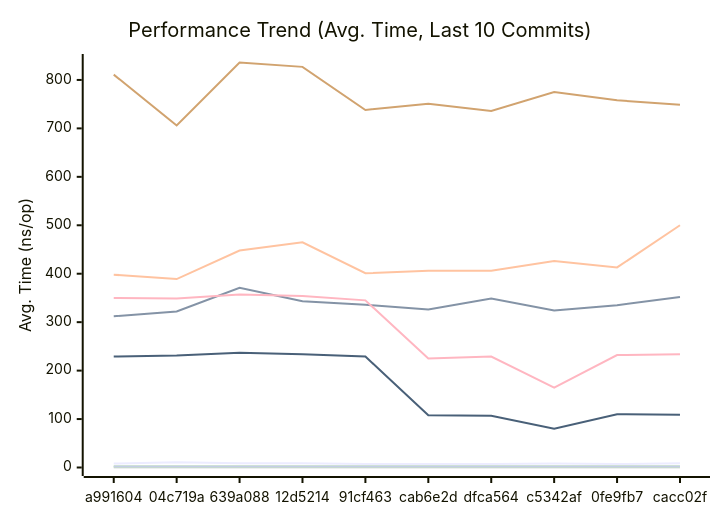
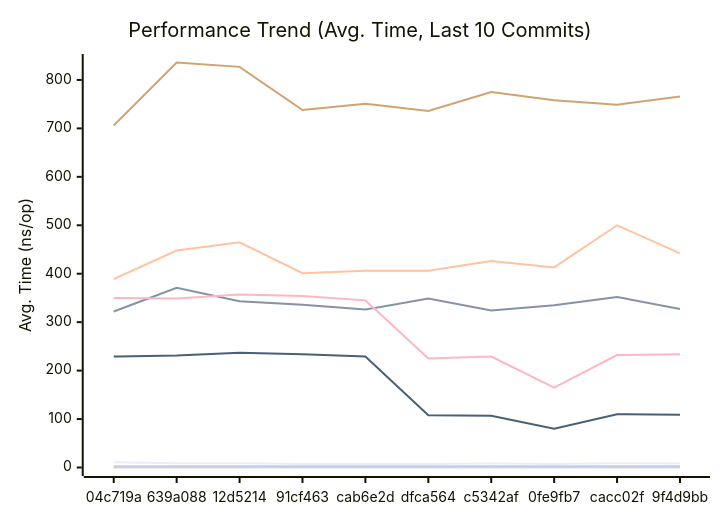
The first of 3 diagrams in docs/PERFORMANCE.md (alsotoes/momo), drawn with Mermaid before and after one commit. The commit also changed other lines of this file and 3 other files, not shown here.

````diff
--- a/docs/PERFORMANCE.md
+++ b/docs/PERFORMANCE.md
@@ -80,16 +80,16 @@
 ```mermaid
 xychart-beta
     title "Performance Trend (Avg. Time, Last 10 Commits)"
     x-axis "Commit"
     y-axis "Avg. Time (ns/op)"
-    x-axis [a991604,04c719a,639a088,12d5214,91cf463,cab6e2d,dfca564,c5342af,0fe9fb7,cacc02f]
-    line "CheckMetricsAndSwap" [8,11,9,9,7,7,7,8,7,9]
-    line "CrushOptimized" [312,322,371,343,336,326,349,324,335,352]
-    line "CrushOriginal" [398,389,448,465,401,406,406,426,413,500]
+    x-axis [04c719a,639a088,12d5214,91cf463,cab6e2d,dfca564,c5342af,0fe9fb7,cacc02f,9f4d9bb]
+    line "CheckMetricsAndSwap" [11,9,9,7,7,7,8,7,9,8]
+    line "CrushOptimized" [322,371,343,336,326,349,324,335,352,327]
+    line "CrushOriginal" [389,448,465,401,406,406,426,413,500,442]
     line "IndexDirectTracking" [0,0,0,0,0,0,0,0,0,0]
     line "IndexSearch" [2,2,2,2,2,2,2,2,2,2]
-    line "LoadGlobalConfig" [811,706,836,827,738,751,736,775,758,749]
+    line "LoadGlobalConfig" [706,836,827,738,751,736,775,758,749,766]
     line "PadString" [2,2,2,2,2,2,2,2,2,2]
     line "ParseReplicationOrder_NoPrealloc" [350,349,357,354,345,225,229,165,232,234]
     line "ParseReplicationOrder_Prealloc" [229,231,237,234,229,108,107,80,110,109]
 ```
````
